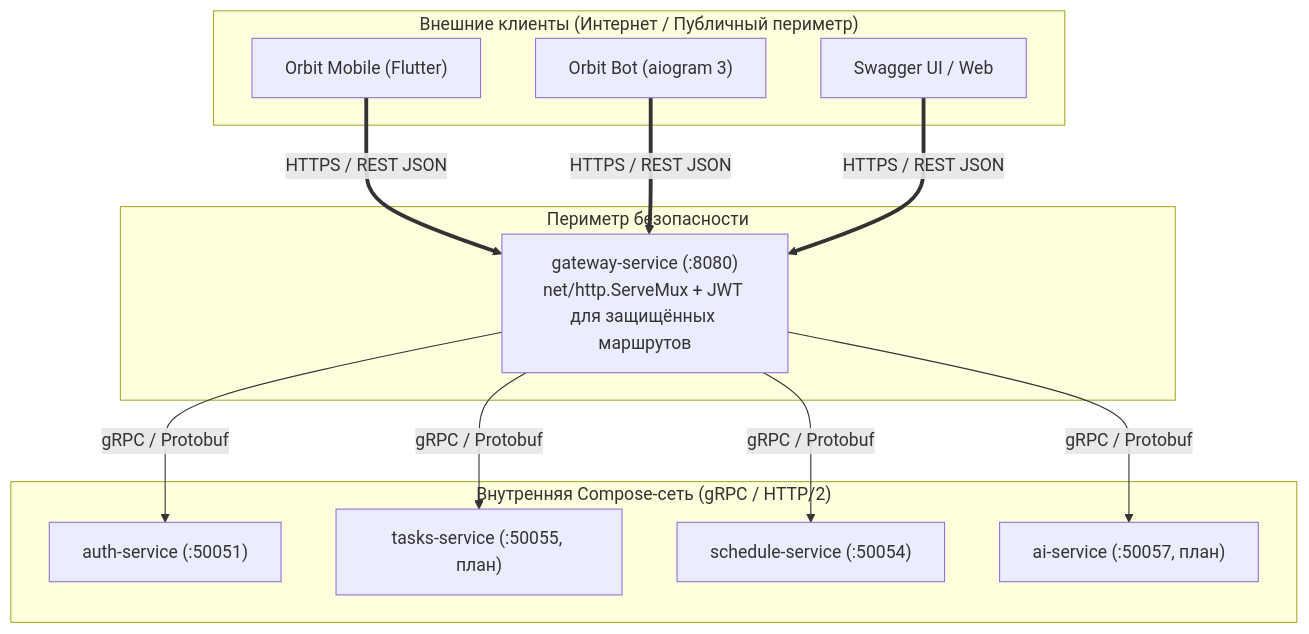
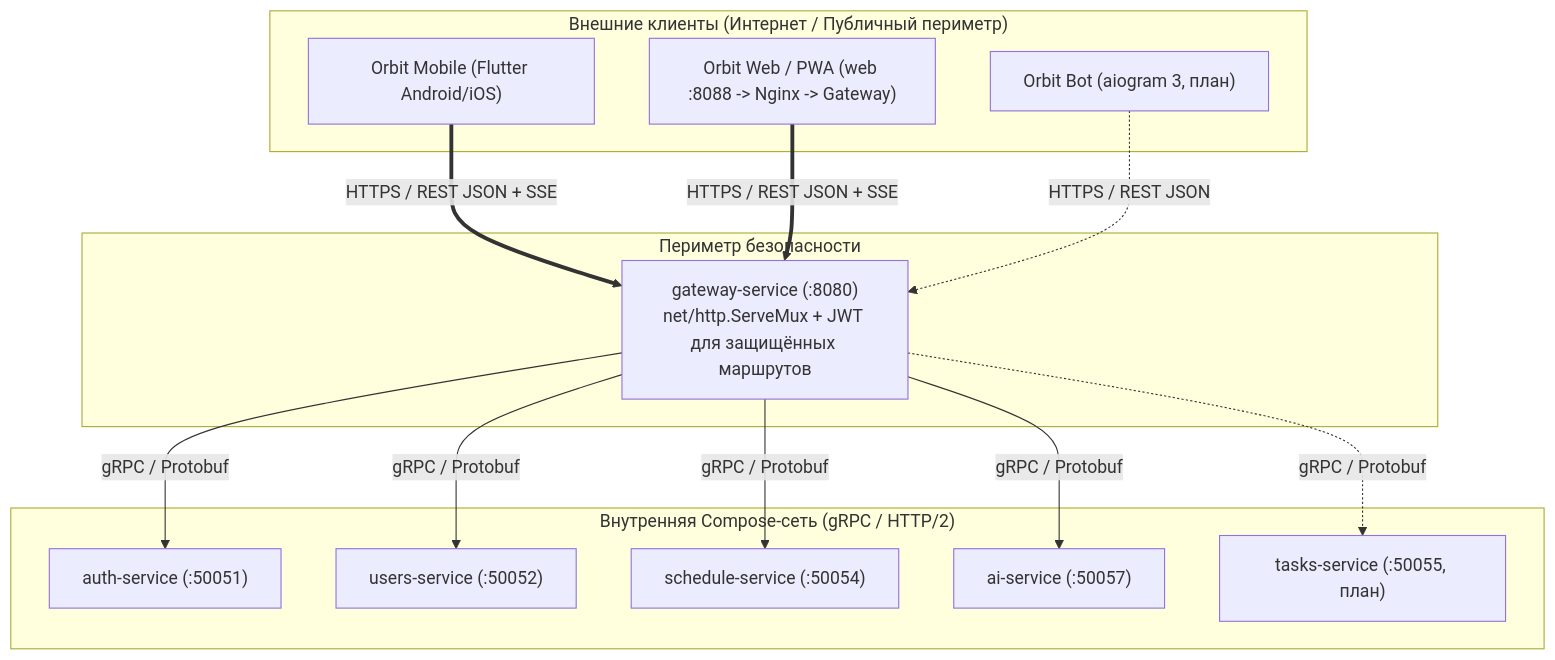
One commit to orbit-polytech/orbit-docs changed the diagram in docs/explanation/why-grpc-and-rest.md. Above: the diagram before and after it, drawn with Mermaid. The commit also changed 74 other files, not shown here.

````diff
--- a/docs/explanation/why-grpc-and-rest.md
+++ b/docs/explanation/why-grpc-and-rest.md
@@ -7,28 +7,30 @@
 ```mermaid
 flowchart TD
     subgraph Clients ["Внешние клиенты (Интернет / Публичный периметр)"]
-        Mobile["Orbit Mobile (Flutter)"]
-        Bot["Orbit Bot (aiogram 3)"]
-        Web["Swagger UI / Web"]
+        Mobile["Orbit Mobile (Flutter Android/iOS)"]
+        Web["Orbit Web / PWA (web :8088 -> Nginx -> Gateway)"]
+        Bot["Orbit Bot (aiogram 3, план)"]
     end
 
     subgraph Perimeter ["Периметр безопасности"]
         GW["gateway-service (:8080)<br/>net/http.ServeMux + JWT для защищённых маршрутов"]
     end
 
     subgraph InternalMesh ["Внутренняя Compose-сеть (gRPC / HTTP/2)"]
         Auth["auth-service (:50051)"]
+        Users["users-service (:50052)"]
+        Sched["schedule-service (:50054)"]
+        AI["ai-service (:50057)"]
         Tasks["tasks-service (:50055, план)"]
-        Sched["schedule-service (:50054)"]
-        AI["ai-service (:50057, план)"]
     end
 
-    Mobile ==>|"HTTPS / REST JSON"| GW
-    Bot ==>|"HTTPS / REST JSON"| GW
-    Web ==>|"HTTPS / REST JSON"| GW
+    Mobile ==>|"HTTPS / REST JSON + SSE"| GW
+    Web ==>|"HTTPS / REST JSON + SSE"| GW
+    Bot -.->|"HTTPS / REST JSON"| GW
 
     GW -->|"gRPC / Protobuf"| Auth
-    GW -->|"gRPC / Protobuf"| Tasks
+    GW -->|"gRPC / Protobuf"| Users
     GW -->|"gRPC / Protobuf"| Sched
     GW -->|"gRPC / Protobuf"| AI
+    GW -.->|"gRPC / Protobuf"| Tasks
 ```
````
